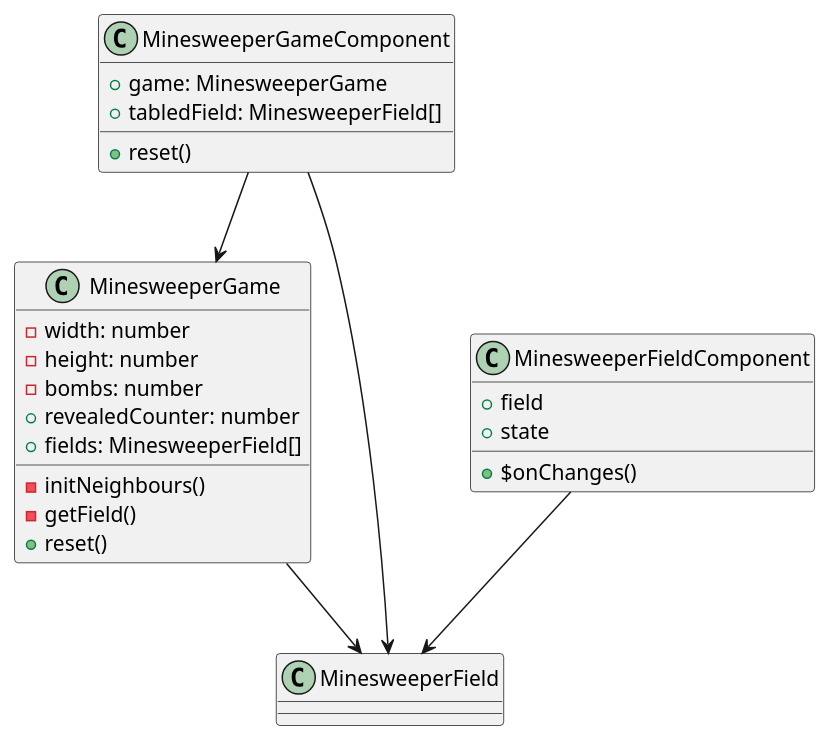
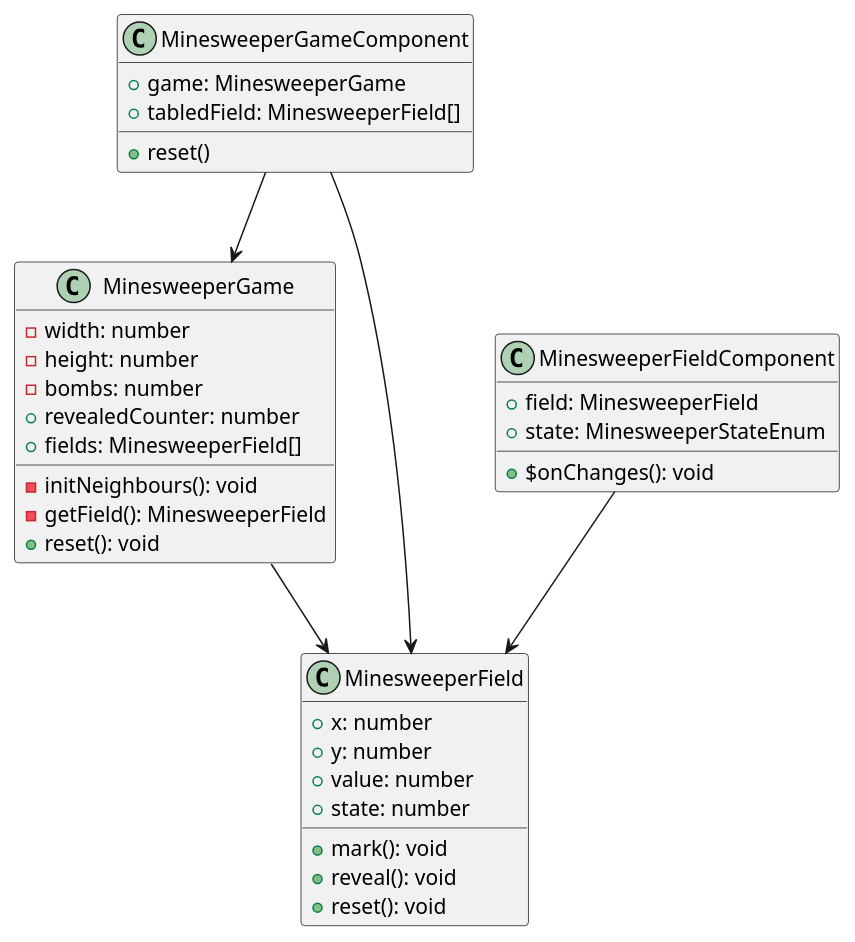
The diagram in documentation/classes/angularJS-minesweeper_classes.puml (JensUngerer/angularJS-minesweeper), drawn with PlantUML before and after one commit.

Commit message:
extending angularJS-minesweeper_classes.puml with types of the attributes.

```diff
--- a/documentation/classes/angularJS-minesweeper_classes.puml
+++ b/documentation/classes/angularJS-minesweeper_classes.puml
@@ -1,34 +1,40 @@
 @startuml
 class MinesweeperGameComponent {
     + game: MinesweeperGame
     + tabledField: MinesweeperField[]
     + reset()
 }
 class MinesweeperGame {
     - width: number
     - height: number
     - bombs: number
     + revealedCounter: number
     + fields: MinesweeperField[]
-    - initNeighbours()
-    - getField()
-    + reset()
+    - initNeighbours(): void
+    - getField(): MinesweeperField
+    + reset(): void
 }
 
 class MinesweeperField  {
-    
+    + x: number
+    + y: number
+    + value: number
+    + state: number
+    + mark(): void
+    + reveal(): void
+    + reset(): void
 }
 
 class MinesweeperFieldComponent {
-    + field
-    + state
-    + $onChanges()
+    + field: MinesweeperField
+    + state: MinesweeperStateEnum
+    + $onChanges(): void
 }
 
 MinesweeperGameComponent --> MinesweeperGame
 MinesweeperGameComponent --> MinesweeperField
 MinesweeperGame --> MinesweeperField
 MinesweeperFieldComponent --> MinesweeperField
 
 
 @enduml
```
